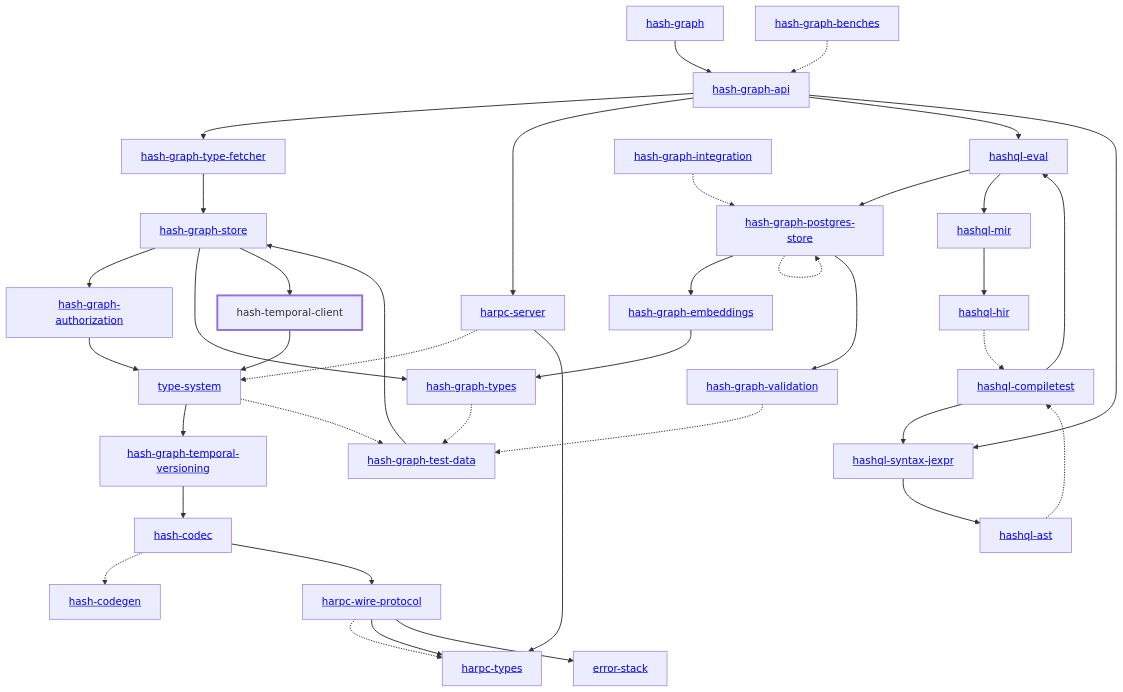
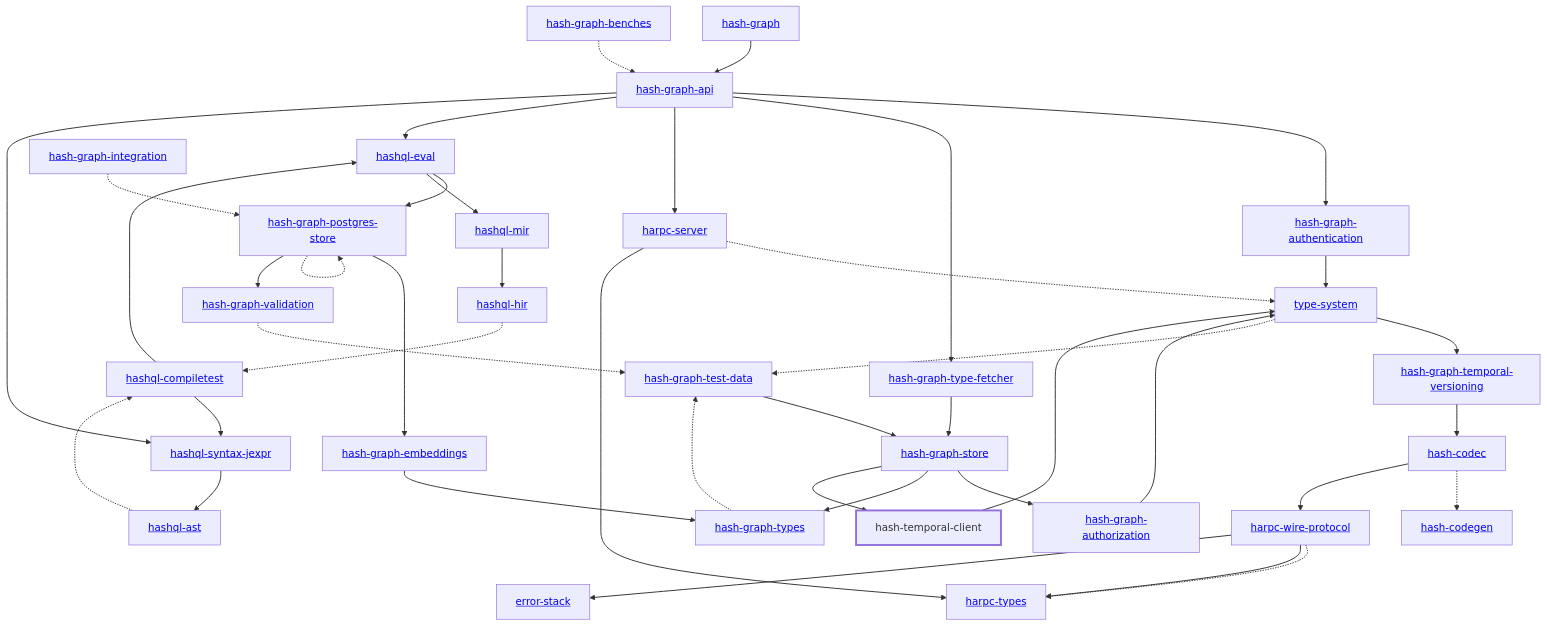
The diagram in libs/@local/temporal-client/docs/dependency-diagram.mmd (hashintel/hash), drawn with Mermaid before and after one commit. The commit also changed 12 other files, not shown here.

Commit message:
Generate dependency diagrams

```diff
--- a/libs/@local/temporal-client/docs/dependency-diagram.mmd
+++ b/libs/@local/temporal-client/docs/dependency-diagram.mmd
@@ -1,76 +1,79 @@
 graph TD
     linkStyle default stroke-width:1.5px
     classDef default stroke-width:1px
     classDef root stroke-width:3px
     classDef dev stroke-width:1px
     classDef build stroke-width:1px
     %% Legend
     %% --> : Normal dependency
     %% -.-> : Dev dependency
     %% ---> : Build dependency
     0[<a href="../hash_graph/index.html">hash-graph</a>]
     1[<a href="../type_system/index.html">type-system</a>]
     2[<a href="../hash_codec/index.html">hash-codec</a>]
     3[<a href="../hash_codegen/index.html">hash-codegen</a>]
     4[<a href="../hash_graph_api/index.html">hash-graph-api</a>]
-    5[<a href="../hash_graph_authorization/index.html">hash-graph-authorization</a>]
-    6[<a href="../hash_graph_embeddings/index.html">hash-graph-embeddings</a>]
-    7[<a href="../hash_graph_postgres_store/index.html">hash-graph-postgres-store</a>]
-    8[<a href="../hash_graph_store/index.html">hash-graph-store</a>]
-    9[<a href="../hash_graph_temporal_versioning/index.html">hash-graph-temporal-versioning</a>]
-    10[<a href="../hash_graph_type_fetcher/index.html">hash-graph-type-fetcher</a>]
-    11[<a href="../hash_graph_types/index.html">hash-graph-types</a>]
-    12[<a href="../hash_graph_validation/index.html">hash-graph-validation</a>]
-    13[<a href="../harpc_server/index.html">harpc-server</a>]
-    14[<a href="../harpc_types/index.html">harpc-types</a>]
-    15[<a href="../harpc_wire_protocol/index.html">harpc-wire-protocol</a>]
-    16[<a href="../hashql_ast/index.html">hashql-ast</a>]
-    17[<a href="../hashql_compiletest/index.html">hashql-compiletest</a>]
-    18[<a href="../hashql_eval/index.html">hashql-eval</a>]
-    19[<a href="../hashql_hir/index.html">hashql-hir</a>]
-    20[<a href="../hashql_mir/index.html">hashql-mir</a>]
-    21[<a href="../hashql_syntax_jexpr/index.html">hashql-syntax-jexpr</a>]
-    22[hash-temporal-client]
-    class 22 root
-    23[<a href="../error_stack/index.html">error-stack</a>]
-    24[<a href="../hash_graph_benches/index.html">hash-graph-benches</a>]
-    25[<a href="../hash_graph_integration/index.html">hash-graph-integration</a>]
-    26[<a href="../hash_graph_test_data/index.html">hash-graph-test-data</a>]
+    5[<a href="../hash_graph_authentication/index.html">hash-graph-authentication</a>]
+    6[<a href="../hash_graph_authorization/index.html">hash-graph-authorization</a>]
+    7[<a href="../hash_graph_embeddings/index.html">hash-graph-embeddings</a>]
+    8[<a href="../hash_graph_postgres_store/index.html">hash-graph-postgres-store</a>]
+    9[<a href="../hash_graph_store/index.html">hash-graph-store</a>]
+    10[<a href="../hash_graph_temporal_versioning/index.html">hash-graph-temporal-versioning</a>]
+    11[<a href="../hash_graph_type_fetcher/index.html">hash-graph-type-fetcher</a>]
+    12[<a href="../hash_graph_types/index.html">hash-graph-types</a>]
+    13[<a href="../hash_graph_validation/index.html">hash-graph-validation</a>]
+    14[<a href="../harpc_server/index.html">harpc-server</a>]
+    15[<a href="../harpc_types/index.html">harpc-types</a>]
+    16[<a href="../harpc_wire_protocol/index.html">harpc-wire-protocol</a>]
+    17[<a href="../hashql_ast/index.html">hashql-ast</a>]
+    18[<a href="../hashql_compiletest/index.html">hashql-compiletest</a>]
+    19[<a href="../hashql_eval/index.html">hashql-eval</a>]
+    20[<a href="../hashql_hir/index.html">hashql-hir</a>]
+    21[<a href="../hashql_mir/index.html">hashql-mir</a>]
+    22[<a href="../hashql_syntax_jexpr/index.html">hashql-syntax-jexpr</a>]
+    23[hash-temporal-client]
+    class 23 root
+    24[<a href="../error_stack/index.html">error-stack</a>]
+    25[<a href="../hash_graph_benches/index.html">hash-graph-benches</a>]
+    26[<a href="../hash_graph_integration/index.html">hash-graph-integration</a>]
+    27[<a href="../hash_graph_test_data/index.html">hash-graph-test-data</a>]
     0 --> 4
-    1 --> 9
-    1 -.-> 26
+    1 --> 10
+    1 -.-> 27
     2 -.-> 3
-    2 --> 15
-    4 --> 10
-    4 --> 13
-    4 --> 18
-    4 --> 21
+    2 --> 16
+    4 --> 5
+    4 --> 11
+    4 --> 14
+    4 --> 19
+    4 --> 22
     5 --> 1
-    6 --> 11
-    7 --> 6
-    7 -.-> 7
+    6 --> 1
     7 --> 12
-    8 --> 5
-    8 --> 11
-    8 --> 22
-    9 --> 2
-    10 --> 8
-    11 -.-> 26
-    12 -.-> 26
-    13 -.-> 1
-    13 --> 14
-    15 -.-> 14
-    15 --> 14
-    15 --> 23
-    16 -.-> 17
-    17 --> 18
-    17 --> 21
-    18 --> 7
-    18 --> 20
-    19 -.-> 17
-    20 --> 19
-    21 --> 16
-    22 --> 1
-    24 -.-> 4
-    25 -.-> 7
-    26 --> 8
+    8 --> 7
+    8 -.-> 8
+    8 --> 13
+    9 --> 6
+    9 --> 12
+    9 --> 23
+    10 --> 2
+    11 --> 9
+    12 -.-> 27
+    13 -.-> 27
+    14 -.-> 1
+    14 --> 15
+    16 -.-> 15
+    16 --> 15
+    16 --> 24
+    17 -.-> 18
+    18 --> 19
+    18 --> 22
+    19 --> 8
+    19 --> 21
+    20 -.-> 18
+    21 --> 20
+    22 --> 17
+    23 --> 1
+    25 -.-> 4
+    26 -.-> 8
+    27 --> 9
```
